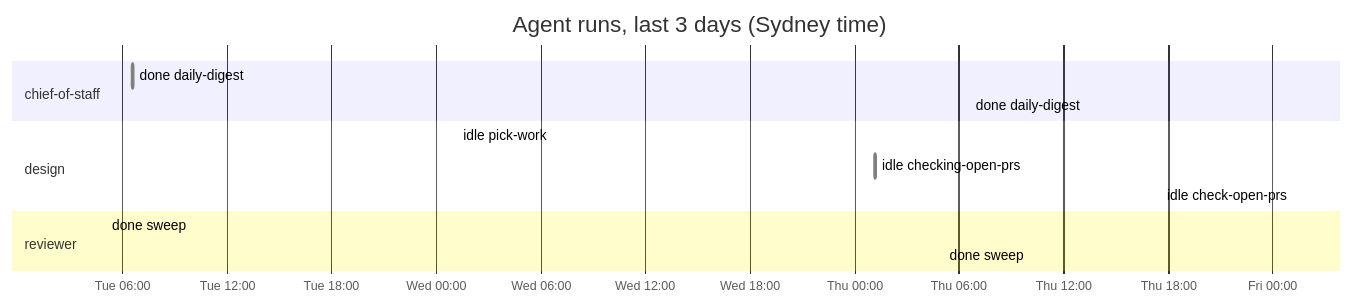
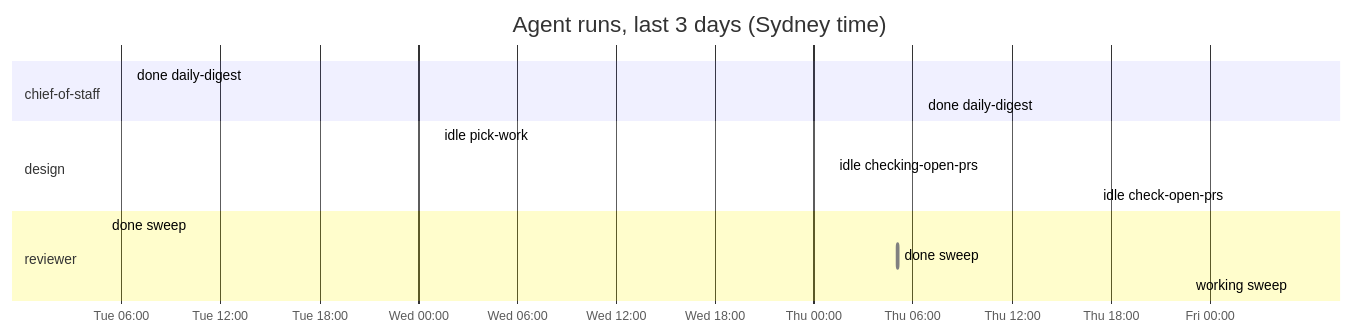
The diagram in dashboard.md (roulmediateam-byte/fifteen-expert-hq), drawn with Mermaid before and after one commit. The commit also changed other lines of this file and 1 other file, not shown here.

````diff
--- a/dashboard.md
+++ b/dashboard.md
@@ -38,16 +38,17 @@
 ```mermaid
 gantt
     title Agent runs, last 3 days (Sydney time)
     dateFormat YYYY-MM-DD HH:mm
     axisFormat %a %H:%M
     section chief-of-staff
     done daily-digest :done, 2026-11-10 06:35, 2026-11-10 06:37
     done daily-digest :done, 2026-11-12 06:35, 2026-11-12 06:36
     section design
     idle pick-work :done, 2026-11-11 01:12, 2026-11-11 01:12
     idle checking-open-prs :done, 2026-11-12 01:11, 2026-11-12 01:12
     idle check-open-prs :done, 2026-11-13 01:11, 2026-11-13 01:11
     section reviewer
     done sweep :done, 2026-11-10 05:04, 2026-11-10 05:05
     done sweep :done, 2026-11-12 05:05, 2026-11-12 05:06
+    working sweep :active, 2026-11-13 05:05, 2026-11-13 05:05
 ```
````
